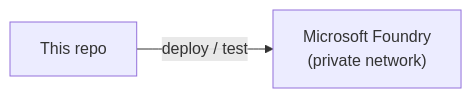
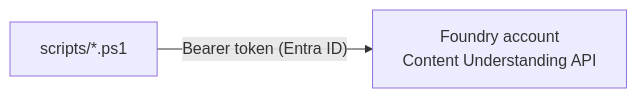
One commit to georgeollis/content-understanding-mlops changed the third of 3 diagrams in README.md. Above: the diagram before and after it, drawn with Mermaid. The commit also changed other lines of this file and 3 other files, not shown here.

First line of the commit message:
docs: rewrite README, mlops-pipeline, azure-foundry-architecture in technical reference style

````diff
--- a/README.md
+++ b/README.md
@@ -139,4 +119,4 @@
 ```mermaid
 graph LR
-    REPO["This repo"] -->|"deploy / test"| FOUNDRY["Microsoft Foundry<br/>(private network)"]
+    REPO["scripts/*.ps1"] -->|"Bearer token (Entra ID)"| FOUNDRY["Foundry account<br/>Content Understanding API"]
 ```
````
